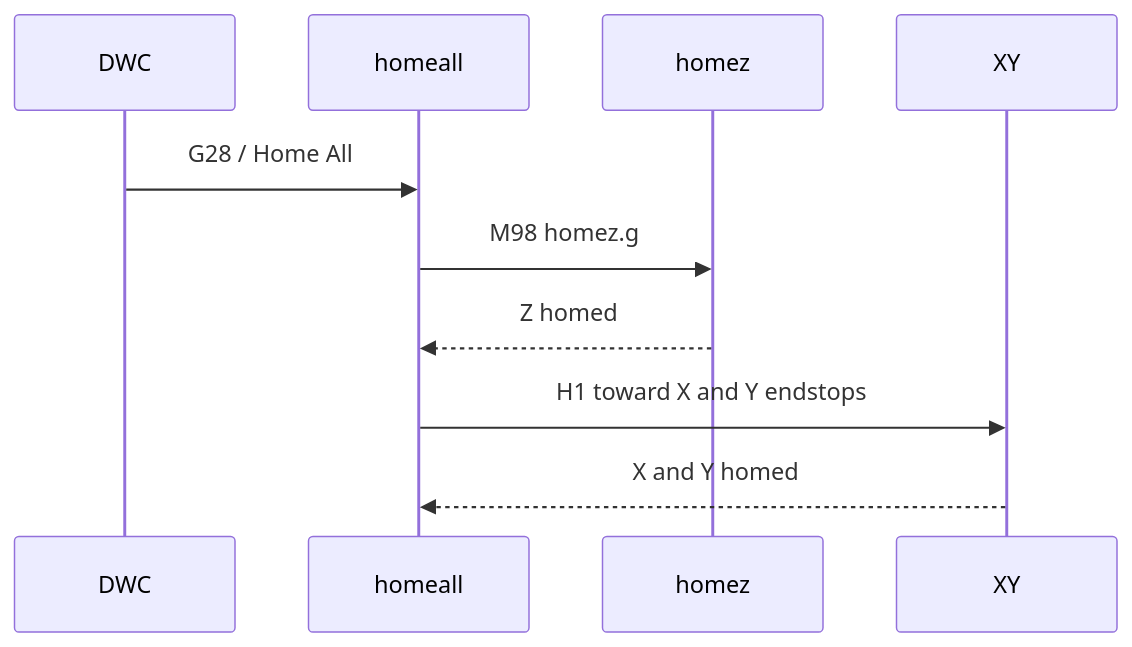
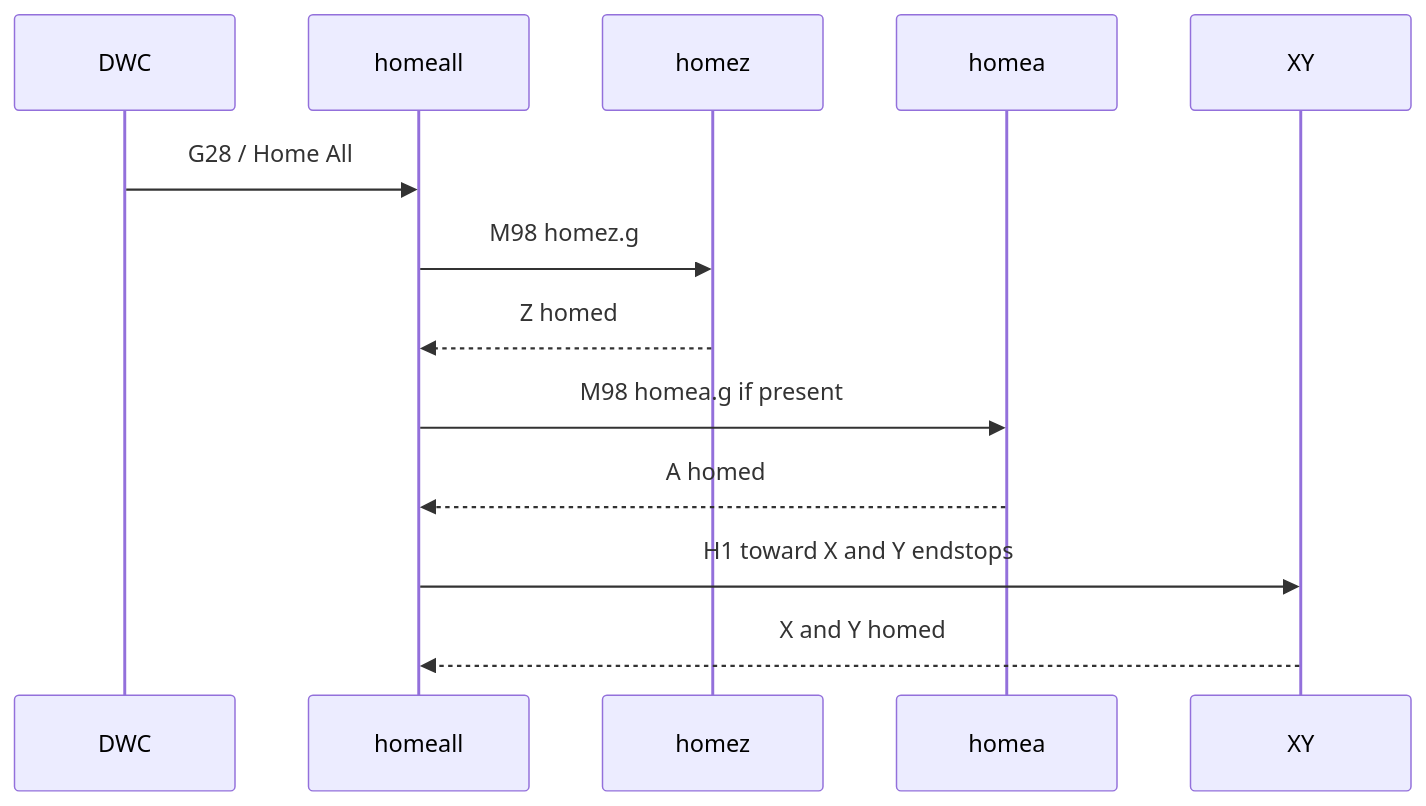
Before and after one commit to MillenniumMachines/MOS-nxt: the diagram in docs/NXT_BOARD_HOMING.md, drawn with Mermaid. The commit also changed other lines of this file and 61 other files, not shown here.

````diff
--- a/docs/NXT_BOARD_HOMING.md
+++ b/docs/NXT_BOARD_HOMING.md
@@ -18,12 +19,15 @@
 ```mermaid
 sequenceDiagram
   participant DWC
   participant homeall
   participant homez
+  participant homea
   participant XY
   DWC->>homeall: G28 / Home All
   homeall->>homez: M98 homez.g
   homez-->>homeall: Z homed
+  homeall->>homea: M98 homea.g if present
+  homea-->>homeall: A homed
   homeall->>XY: H1 toward X and Y endstops
   XY-->>homeall: X and Y homed
 ```
````
